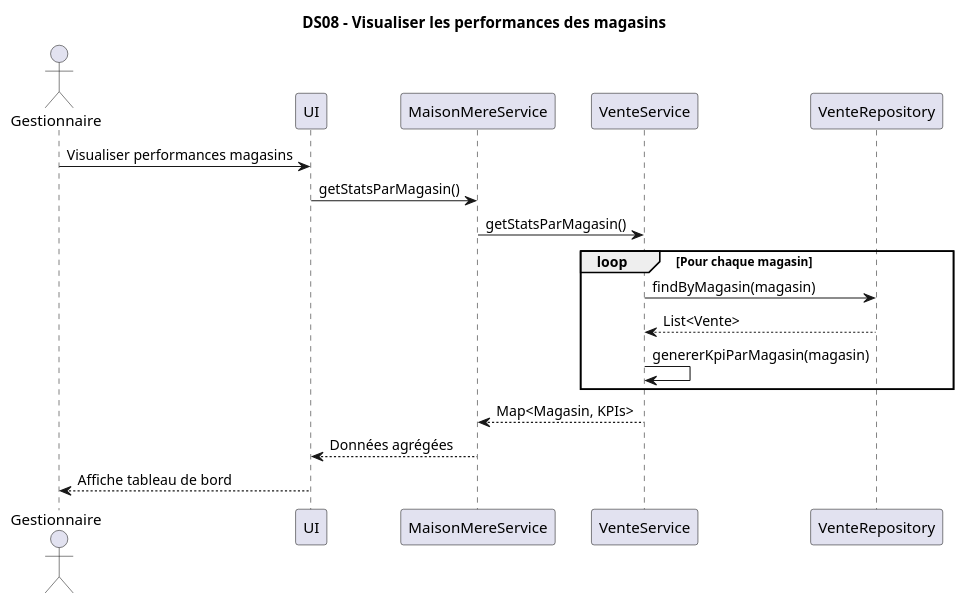
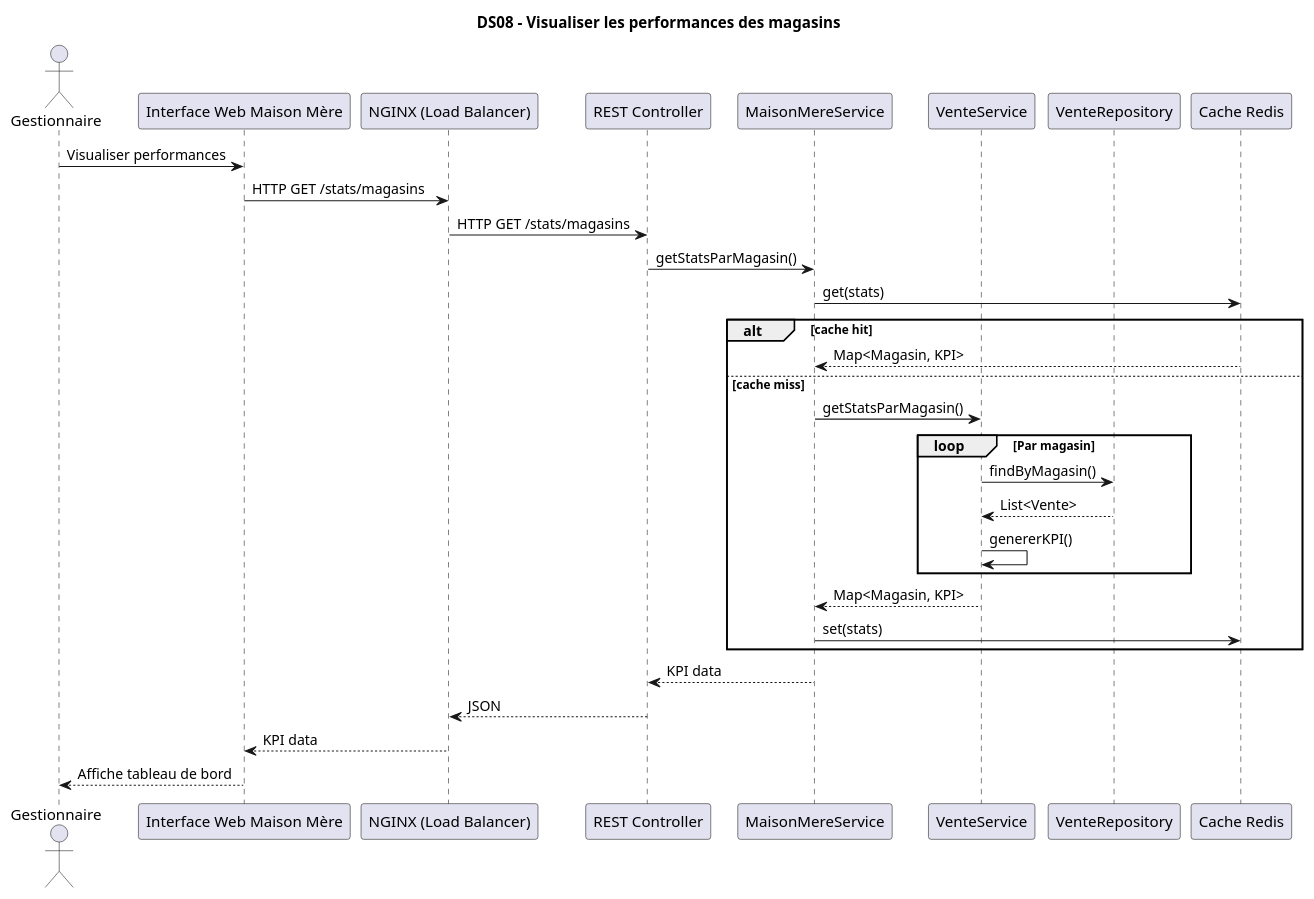
One commit to NathanGasseau/LOG430-01-Labo-04 changed the diagram in docs/UML/DiagrammesDeSequence/DS08-VisualiserPerformancesMagasin 4.puml. Above: the diagram before and after it, drawn with PlantUML. The commit also changed 10 other files, not shown here.

```diff
--- a/docs/UML/DiagrammesDeSequence/DS08-VisualiserPerformancesMagasin 4.puml
+++ b/docs/UML/DiagrammesDeSequence/DS08-VisualiserPerformancesMagasin 4.puml
@@ -1,25 +1,34 @@
 @startuml
-
 title DS08 – Visualiser les performances des magasins
 
 actor Gestionnaire
-participant UI
+participant "Interface Web Maison Mère" as UI
+participant "NGINX (Load Balancer)" as NGINX
+participant "REST Controller" as Controller
 participant MaisonMereService
 participant VenteService
 participant VenteRepository
+participant "Cache Redis" as Redis
 
-Gestionnaire -> UI : Visualiser performances magasins
-UI -> MaisonMereService : getStatsParMagasin()
-MaisonMereService -> VenteService : getStatsParMagasin()
-
-loop Pour chaque magasin
-  VenteService -> VenteRepository : findByMagasin(magasin)
-  VenteRepository --> VenteService : List<Vente>
-  VenteService -> VenteService : genererKpiParMagasin(magasin)
+Gestionnaire -> UI : Visualiser performances
+UI -> NGINX : HTTP GET /stats/magasins
+NGINX -> Controller : HTTP GET /stats/magasins
+Controller -> MaisonMereService : getStatsParMagasin()
+MaisonMereService -> Redis : get(stats)
+alt cache hit
+  Redis --> MaisonMereService : Map<Magasin, KPI>
+else cache miss
+  MaisonMereService -> VenteService : getStatsParMagasin()
+  loop Par magasin
+    VenteService -> VenteRepository : findByMagasin()
+    VenteRepository --> VenteService : List<Vente>
+    VenteService -> VenteService : genererKPI()
+  end
+  VenteService --> MaisonMereService : Map<Magasin, KPI>
+  MaisonMereService -> Redis : set(stats)
 end
-
-VenteService --> MaisonMereService : Map<Magasin, KPIs>
-MaisonMereService --> UI : Données agrégées
+MaisonMereService --> Controller : KPI data
+Controller --> NGINX : JSON
+NGINX --> UI : KPI data
 UI --> Gestionnaire : Affiche tableau de bord
-
 @enduml
```
